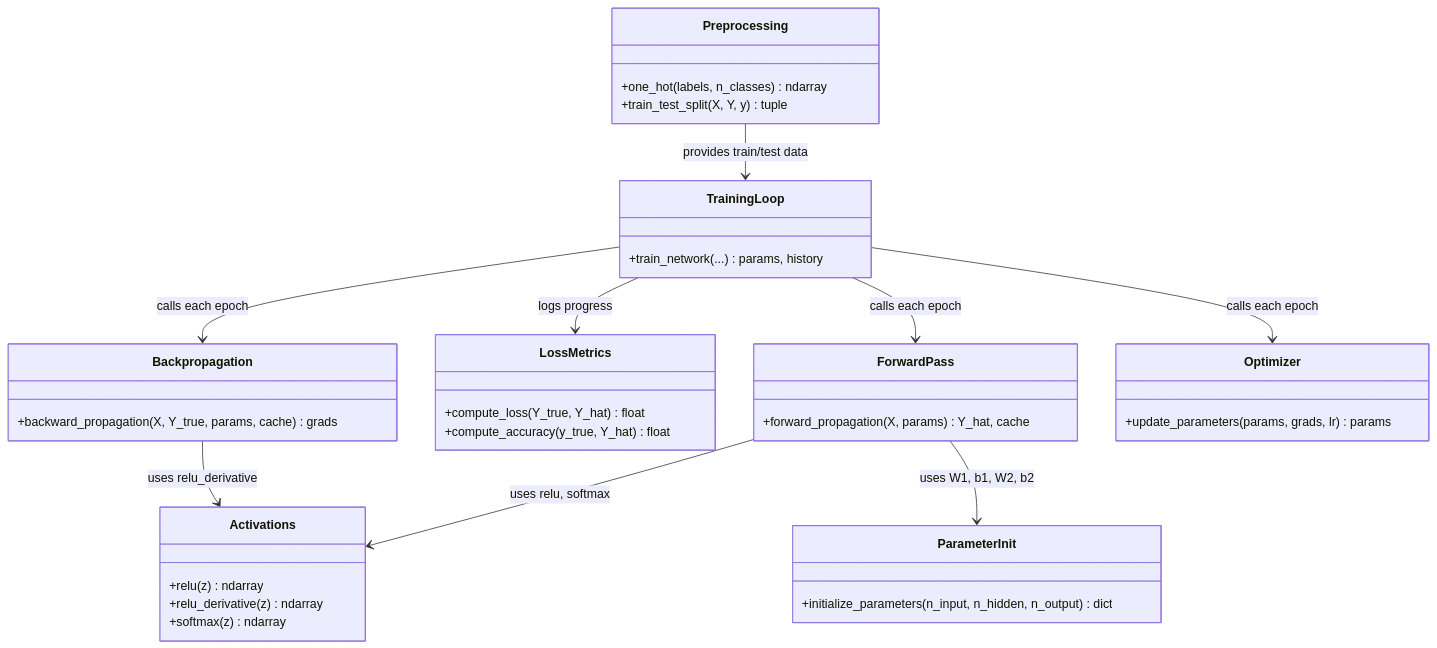
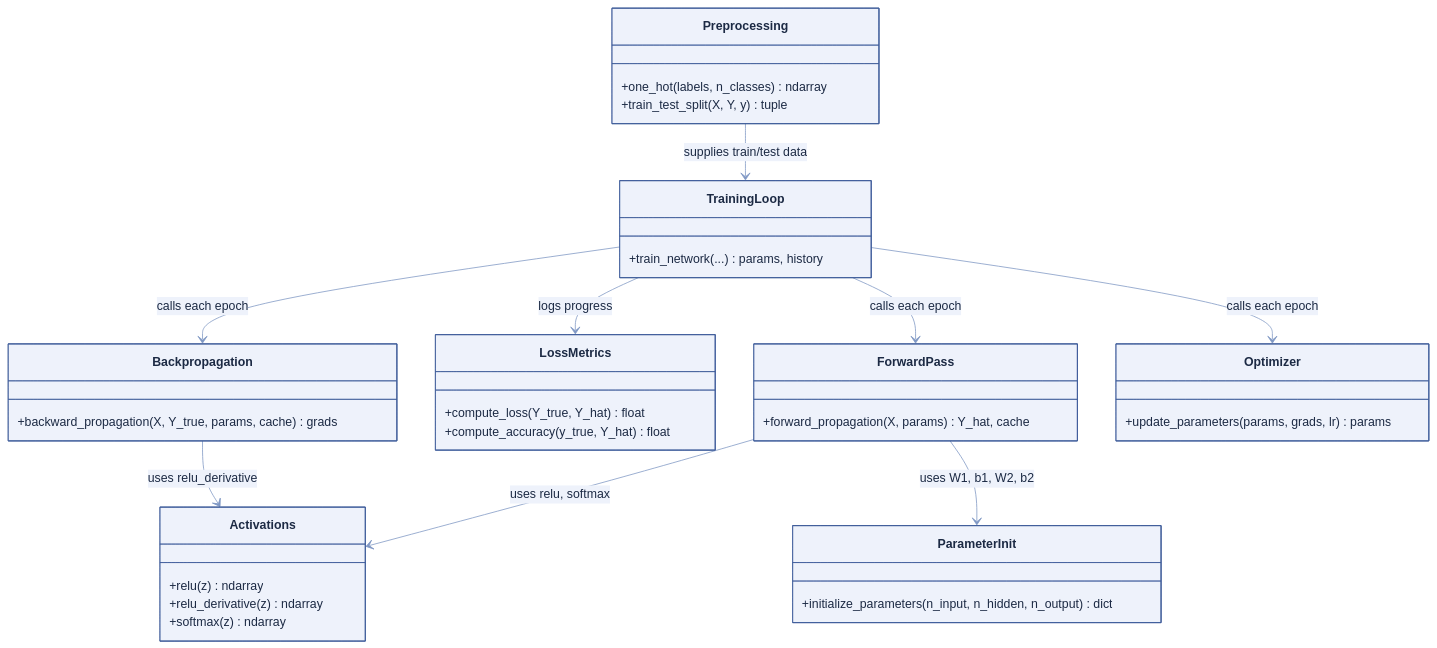
Before and after one commit to manmathk31/Deep-Learning: the fourth of 4 diagrams in README.md, drawn with Mermaid. The commit also changed other lines of this file, not shown here.

````diff
--- a/README.md
+++ b/README.md
@@ -145,40 +232,48 @@
 ```mermaid
+%%{init: {'theme': 'base', 'themeVariables': {
+  'primaryColor': '#eef2fb',
+  'primaryBorderColor': '#3E5C9A',
+  'primaryTextColor': '#1c2a44',
+  'lineColor': '#7f97c4',
+  'background': '#ffffff',
+  'fontFamily': 'Segoe UI, sans-serif'
+}}}%%
 classDiagram
     class Preprocessing {
         +one_hot(labels, n_classes) ndarray
         +train_test_split(X, Y, y) tuple
     }
     class Activations {
         +relu(z) ndarray
         +relu_derivative(z) ndarray
         +softmax(z) ndarray
     }
     class ParameterInit {
         +initialize_parameters(n_input, n_hidden, n_output) dict
     }
     class ForwardPass {
         +forward_propagation(X, params) Y_hat, cache
     }
     class LossMetrics {
         +compute_loss(Y_true, Y_hat) float
         +compute_accuracy(y_true, Y_hat) float
     }
     class Backpropagation {
         +backward_propagation(X, Y_true, params, cache) grads
     }
     class Optimizer {
         +update_parameters(params, grads, lr) params
     }
     class TrainingLoop {
         +train_network(...) params, history
     }
 
     TrainingLoop --> ForwardPass : calls each epoch
     TrainingLoop --> Backpropagation : calls each epoch
     TrainingLoop --> Optimizer : calls each epoch
     TrainingLoop --> LossMetrics : logs progress
     ForwardPass --> Activations : uses relu, softmax
     ForwardPass --> ParameterInit : uses W1, b1, W2, b2
     Backpropagation --> Activations : uses relu_derivative
-    Preprocessing --> TrainingLoop : provides train/test data
+    Preprocessing --> TrainingLoop : supplies train/test data
 ```
````
